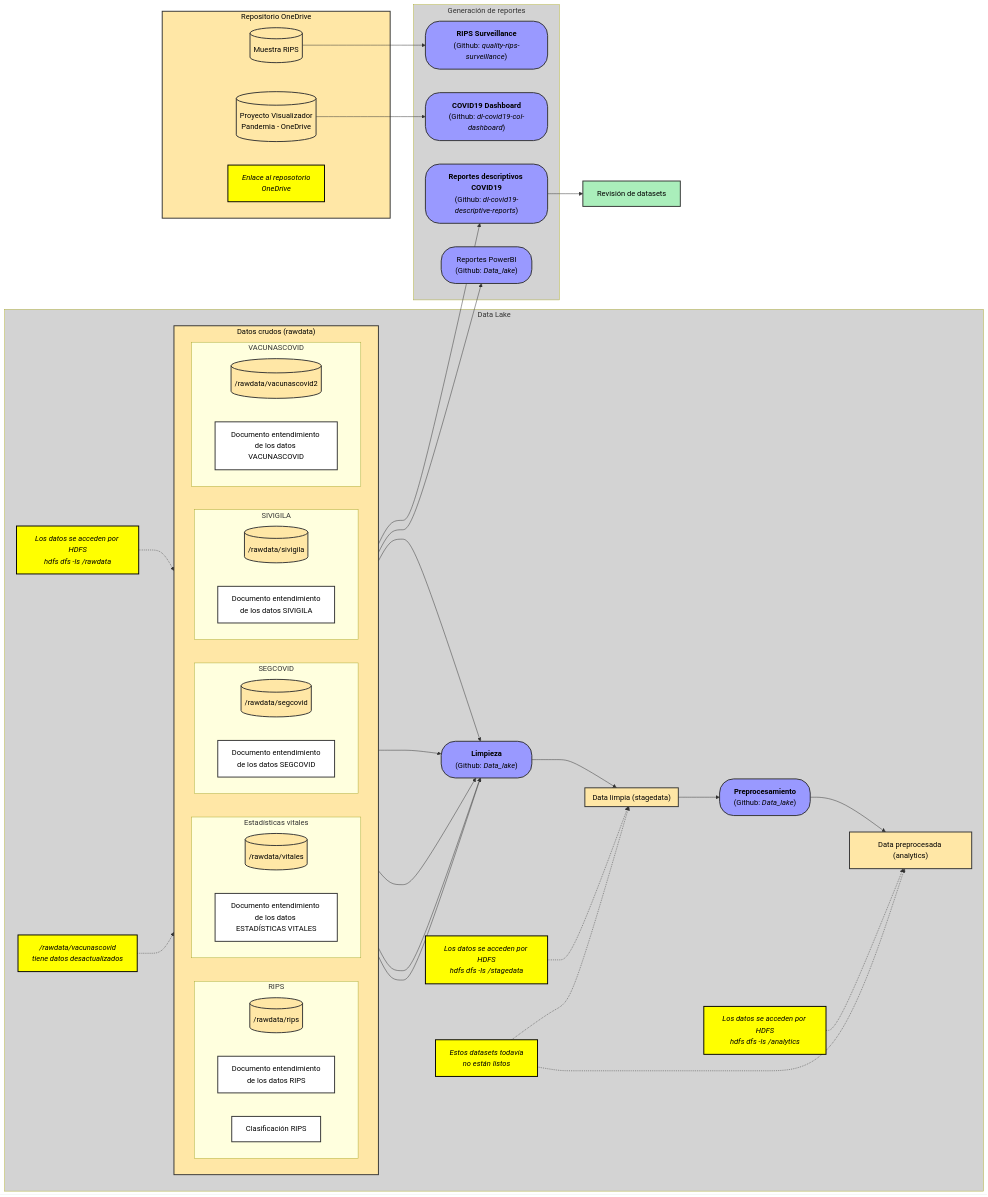
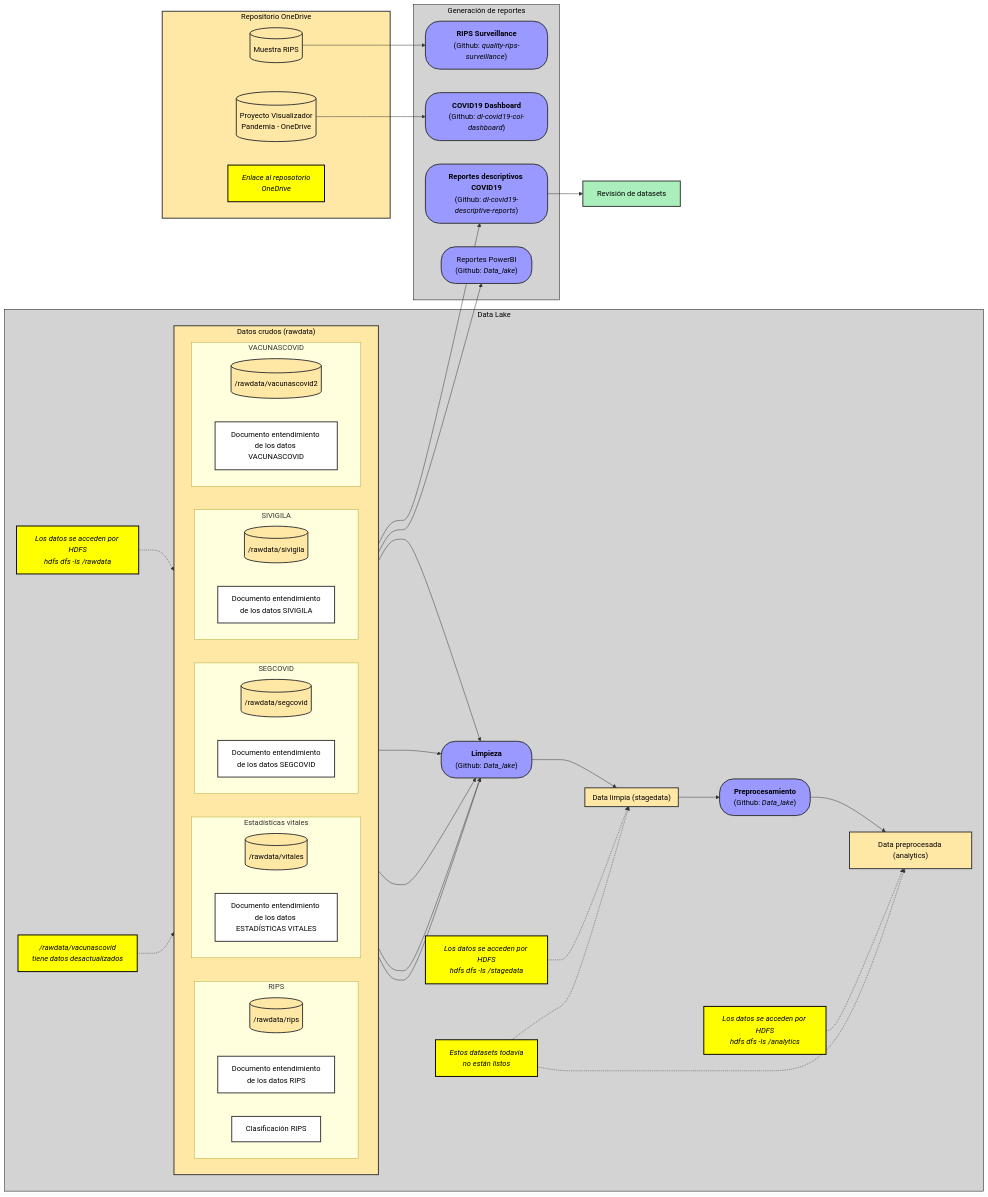
One commit to AGORA-COL/.github changed the diagram in profile/DataLake/FlujoDatos.md. Above: the diagram before and after it, drawn with Mermaid.

```diff
--- a/profile/DataLake/FlujoDatos.md
+++ b/profile/DataLake/FlujoDatos.md
@@ -133,7 +133,7 @@
     classDef report fill:#aeb,stroke:#333,stroke-width:2px,color:#000;
     classDef paragraph fill:white,stroke:white;
     classDef comment fill:yellow,stroke:black,color:black,stroke-width:2px,font-style:italic
-    classDef container fill:lightgray
+    classDef container fill:lightgray,stroke:black,color:black
     classDef label fill:transparent,stroke:transparent
 
 
```
